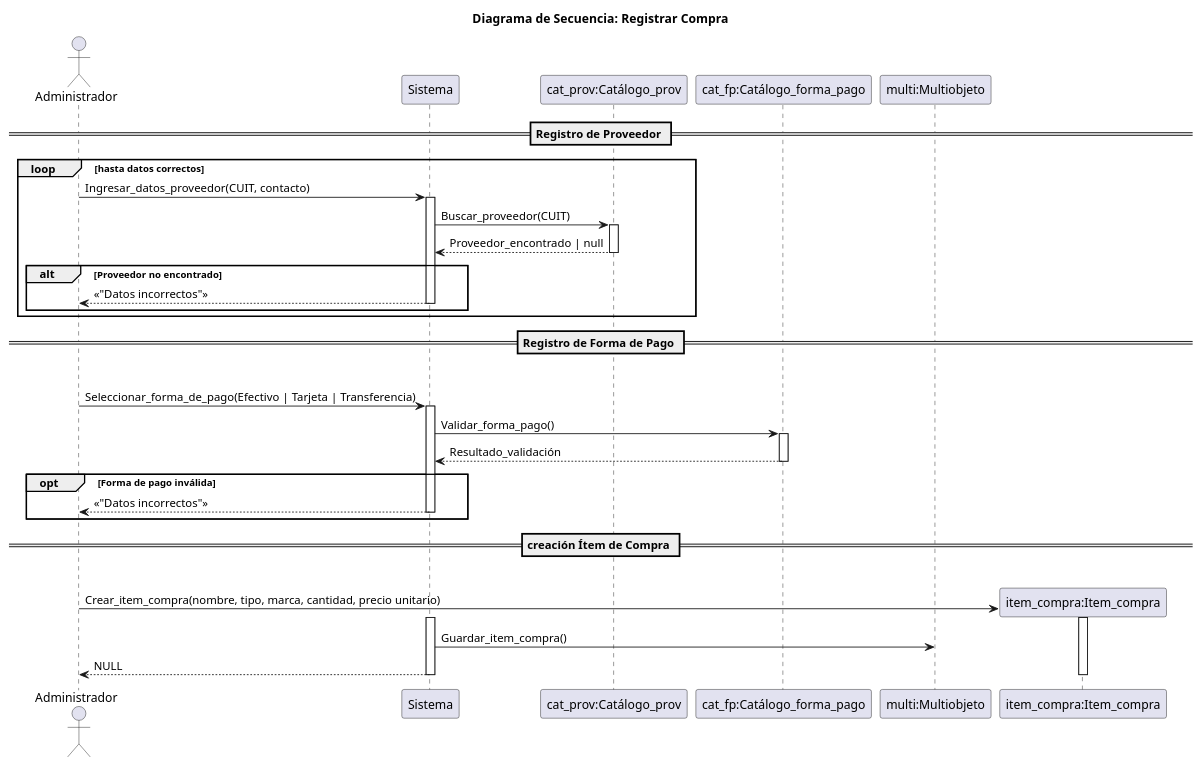
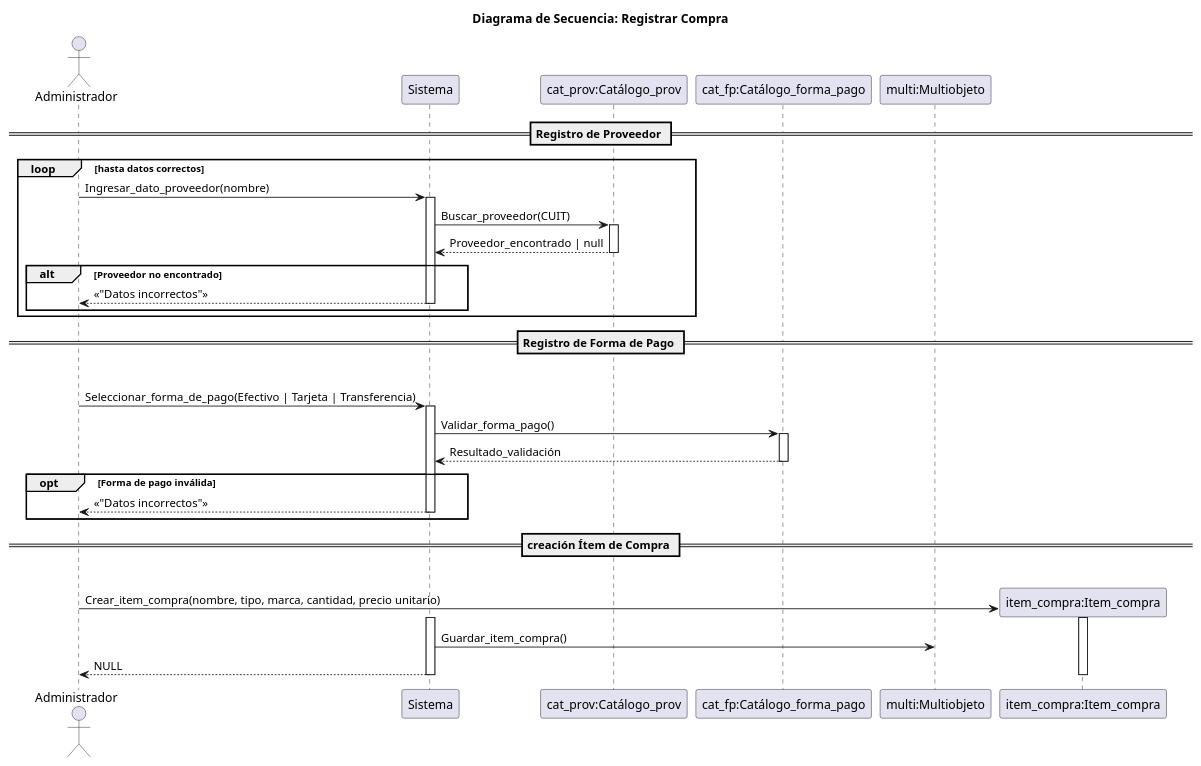
One commit to Luci1274/PPI_Proyecto_gomeria changed the diagram in 08-Diagrama-secuencia/01_Registrar_compra.puml. Above: the diagram before and after it, drawn with PlantUML. The commit also changed 16 other files, not shown here.

Commit message:
cambios/nuevos casos de uso, cambios/nuevos diagramas de secuencai

```diff
--- a/08-Diagrama-secuencia/01_Registrar_compra.puml
+++ b/08-Diagrama-secuencia/01_Registrar_compra.puml
@@ -1,51 +1,51 @@
 @startuml compra
 
 title Diagrama de Secuencia: Registrar Compra
 
 actor Administrador
 participant Sistema
 participant "cat_prov:Catálogo_prov" as Cat_prov
 participant "cat_fp:Catálogo_forma_pago" as Cat_fp
 participant "multi:Multiobjeto" as MULT
 
 == Registro de Proveedor ==
 loop hasta datos correctos
-    Administrador -> Sistema: Ingresar_datos_proveedor(CUIT, contacto)
+    Administrador -> Sistema: Ingresar_dato_proveedor(nombre)
     activate Sistema
     Sistema -> Cat_prov: Buscar_proveedor(CUIT)
     activate Cat_prov
     Cat_prov --> Sistema: Proveedor_encontrado | null
     deactivate Cat_prov
 
     alt Proveedor no encontrado
         Sistema --> Administrador: <<"Datos incorrectos">>
         deactivate Sistema
     end    
 end
 
 == Registro de Forma de Pago ==
 loop hasta seleccion valid
 Administrador -> Sistema:Seleccionar_forma_de_pago(Efectivo | Tarjeta | Transferencia)
 activate Sistema
 Sistema -> Cat_fp: Validar_forma_pago()
 activate Cat_fp
 Cat_fp --> Sistema: Resultado_validación
 deactivate Cat_fp
 
 opt Forma de pago inválida
     Sistema --> Administrador: <<"Datos incorrectos">>
     deactivate Sistema
 end
 
 
 == creación Ítem de Compra ==
 loop tantas veces como se desee
     create "item_compra:Item_compra" as IC
     Administrador -> IC: Crear_item_compra(nombre, tipo, marca, cantidad, precio unitario)
     activate IC
     activate Sistema
     Sistema -> MULT: Guardar_item_compra()
     Sistema --> Administrador: NULL
     deactivate Sistema
     deactivate IC
 @enduml
```
